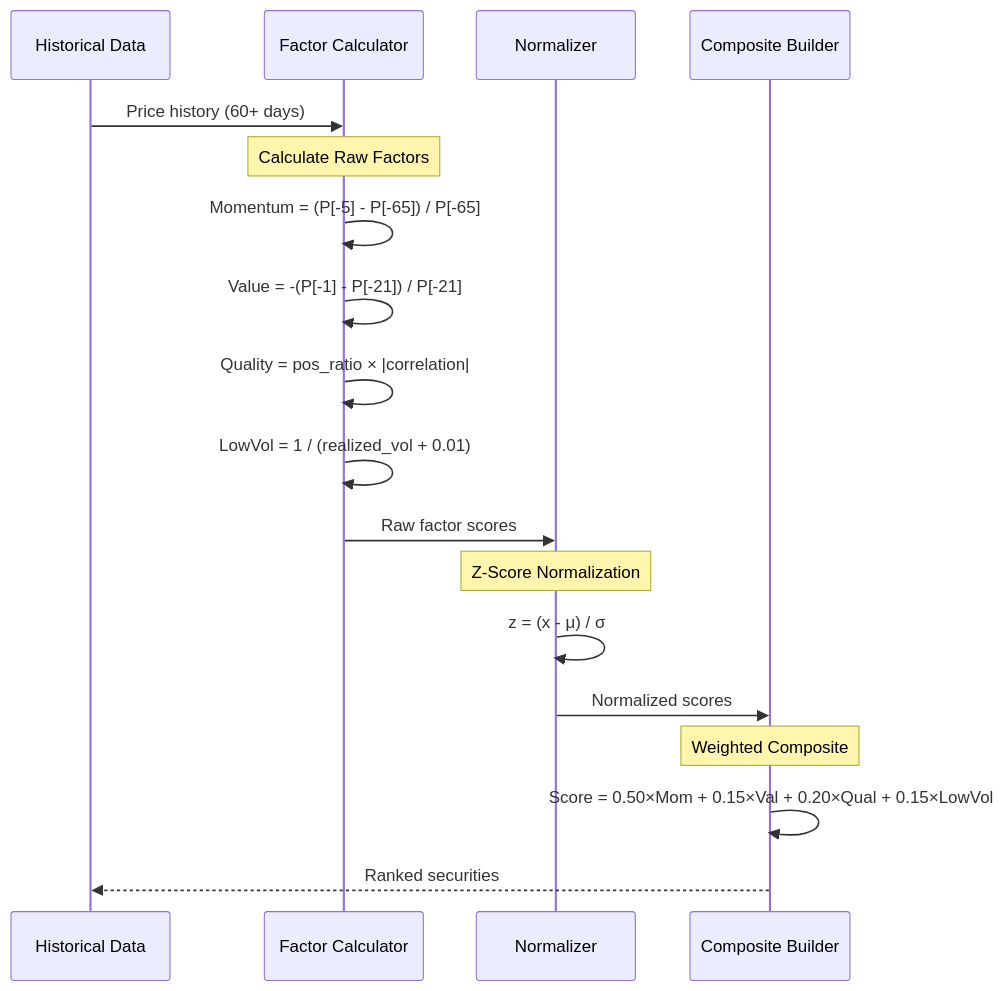
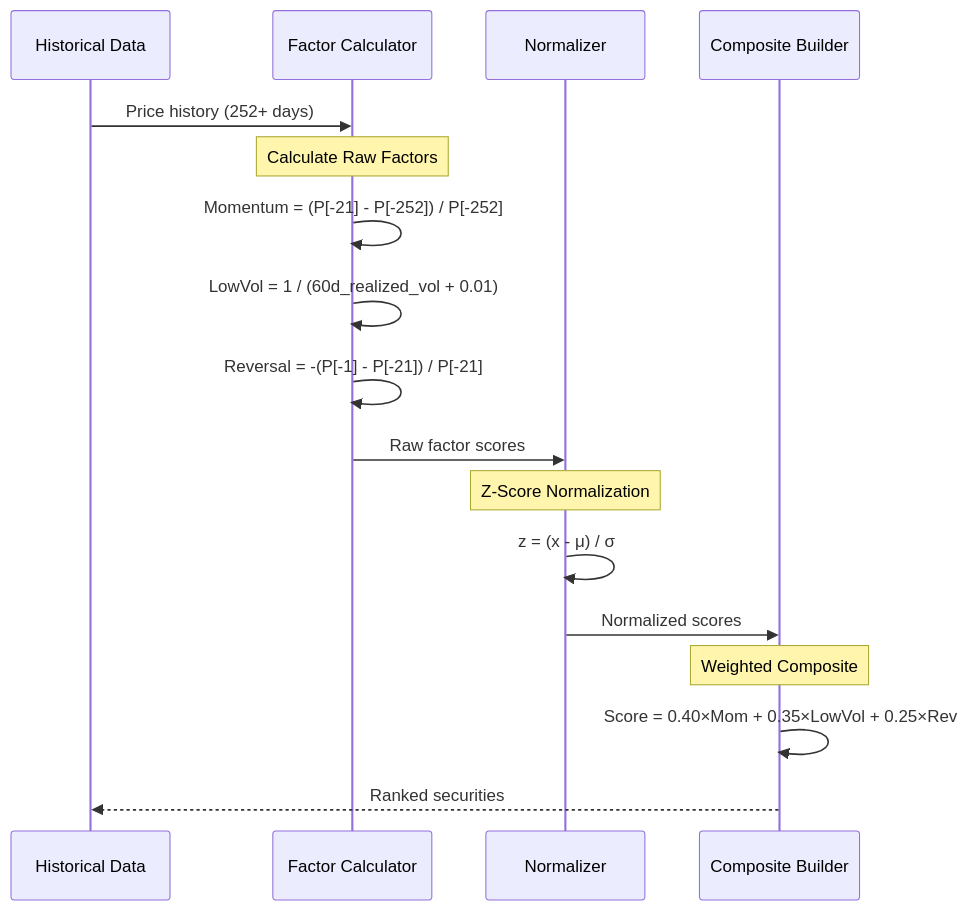
The third of 18 diagrams in docs/adaptive_hedge_fund_strategy.md (blackms/FinRL-Adaptive), drawn with Mermaid before and after one commit. The commit also changed other lines of this file and 3 other files, not shown here.

````diff
--- a/docs/adaptive_hedge_fund_strategy.md
+++ b/docs/adaptive_hedge_fund_strategy.md
@@ -99,27 +98,26 @@
 ```mermaid
 sequenceDiagram
     participant Data as Historical Data
     participant Calc as Factor Calculator
     participant Norm as Normalizer
     participant Comp as Composite Builder
 
-    Data->>Calc: Price history (60+ days)
+    Data->>Calc: Price history (252+ days)
 
     Note over Calc: Calculate Raw Factors
-    Calc->>Calc: Momentum = (P[-5] - P[-65]) / P[-65]
-    Calc->>Calc: Value = -(P[-1] - P[-21]) / P[-21]
-    Calc->>Calc: Quality = pos_ratio × |correlation|
-    Calc->>Calc: LowVol = 1 / (realized_vol + 0.01)
+    Calc->>Calc: Momentum = (P[-21] - P[-252]) / P[-252]
+    Calc->>Calc: LowVol = 1 / (60d_realized_vol + 0.01)
+    Calc->>Calc: Reversal = -(P[-1] - P[-21]) / P[-21]
 
     Calc->>Norm: Raw factor scores
 
     Note over Norm: Z-Score Normalization
     Norm->>Norm: z = (x - μ) / σ
 
     Norm->>Comp: Normalized scores
 
     Note over Comp: Weighted Composite
-    Comp->>Comp: Score = 0.50×Mom + 0.15×Val + 0.20×Qual + 0.15×LowVol
+    Comp->>Comp: Score = 0.40×Mom + 0.35×LowVol + 0.25×Rev
 
     Comp-->>Data: Ranked securities
 ```
````
